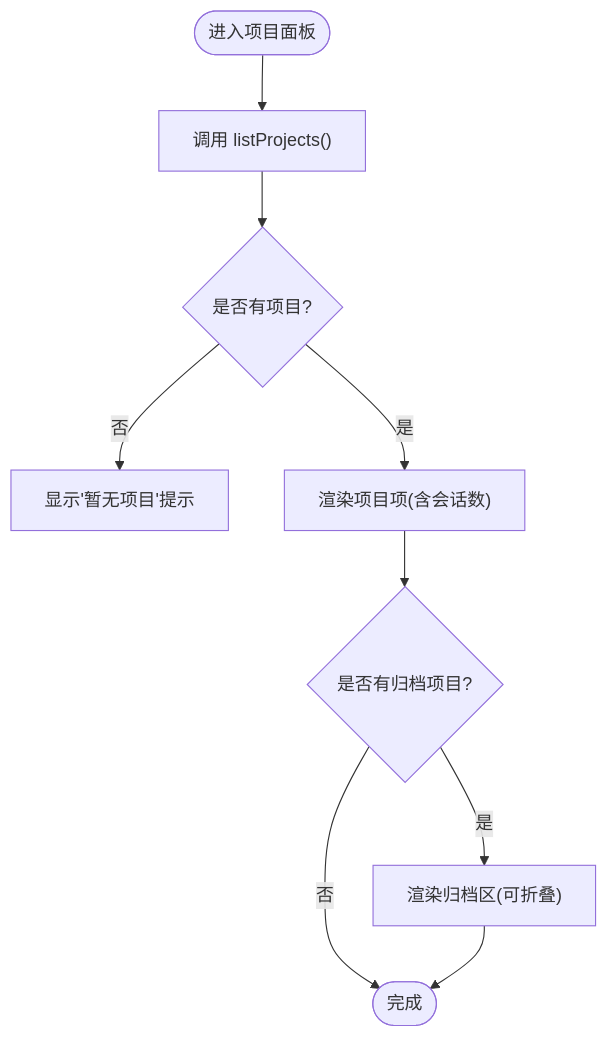
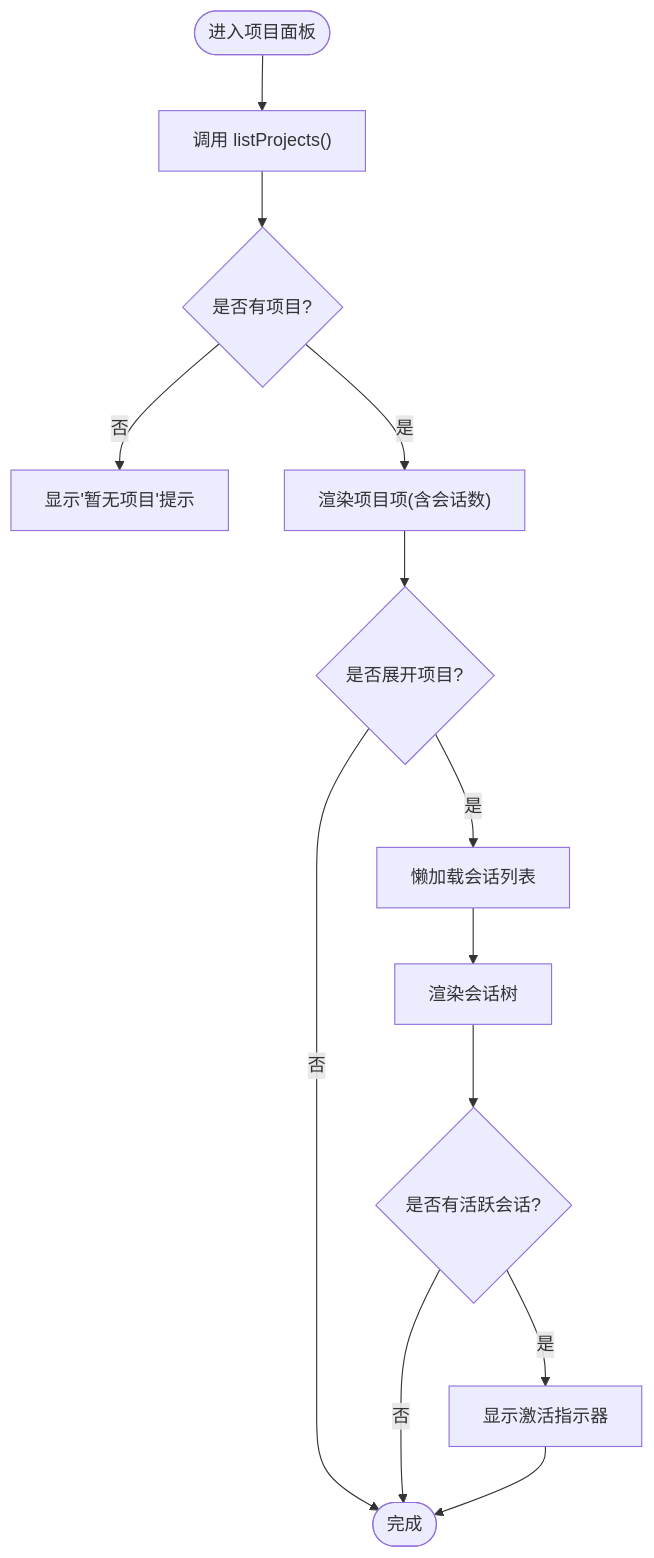
Before and after one commit to swond-Mao/Tiffa: the third of 9 diagrams in .qoder/repowiki/zh/content/用户界面/界面组件/项目侧栏.md, drawn with Mermaid. The commit also changed other lines of this file and 25 other files, not shown here.

````diff
--- a/.qoder/repowiki/zh/content/用户界面/界面组件/项目侧栏.md
+++ b/.qoder/repowiki/zh/content/用户界面/界面组件/项目侧栏.md
@@ -136,11 +147,15 @@
 ```mermaid
 flowchart TD
 Start(["进入项目面板"]) --> Load["调用 listProjects()"]
 Load --> HasProjs{"是否有项目?"}
 HasProjs -- "否" --> ShowHint["显示'暂无项目'提示"]
 HasProjs -- "是" --> Render["渲染项目项(含会话数)"]
-Render --> ArchiveCheck{"是否有归档项目?"}
-ArchiveCheck -- "否" --> End(["完成"])
-ArchiveCheck -- "是" --> RenderArchive["渲染归档区(可折叠)"]
-RenderArchive --> End
+Render --> ExpandCheck{"是否展开项目?"}
+ExpandCheck -- "否" --> End(["完成"])
+ExpandCheck -- "是" --> LazyLoad["懒加载会话列表"]
+LazyLoad --> RenderTree["渲染会话树"]
+RenderTree --> ActiveCheck{"是否有活跃会话?"}
+ActiveCheck -- "是" --> ShowIndicator["显示激活指示器"]
+ActiveCheck -- "否" --> End
+ShowIndicator --> End
 ```
````
